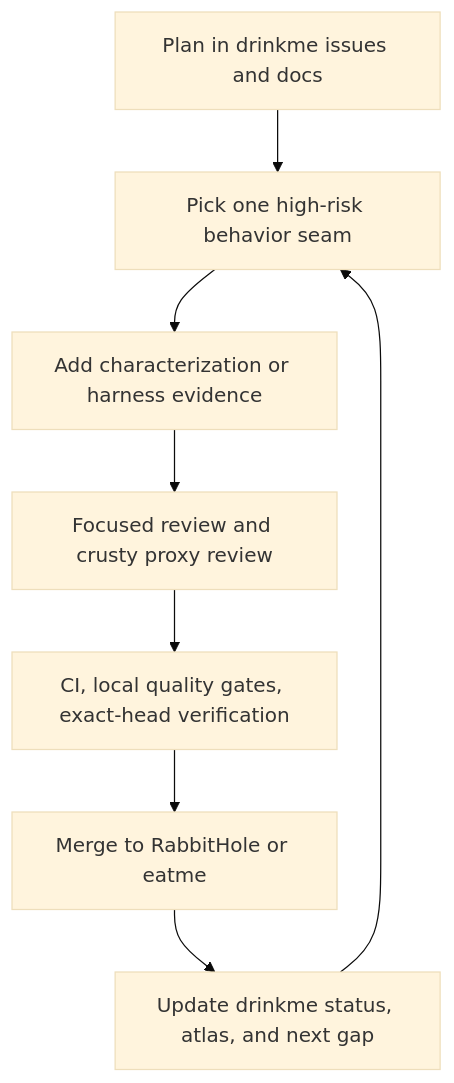
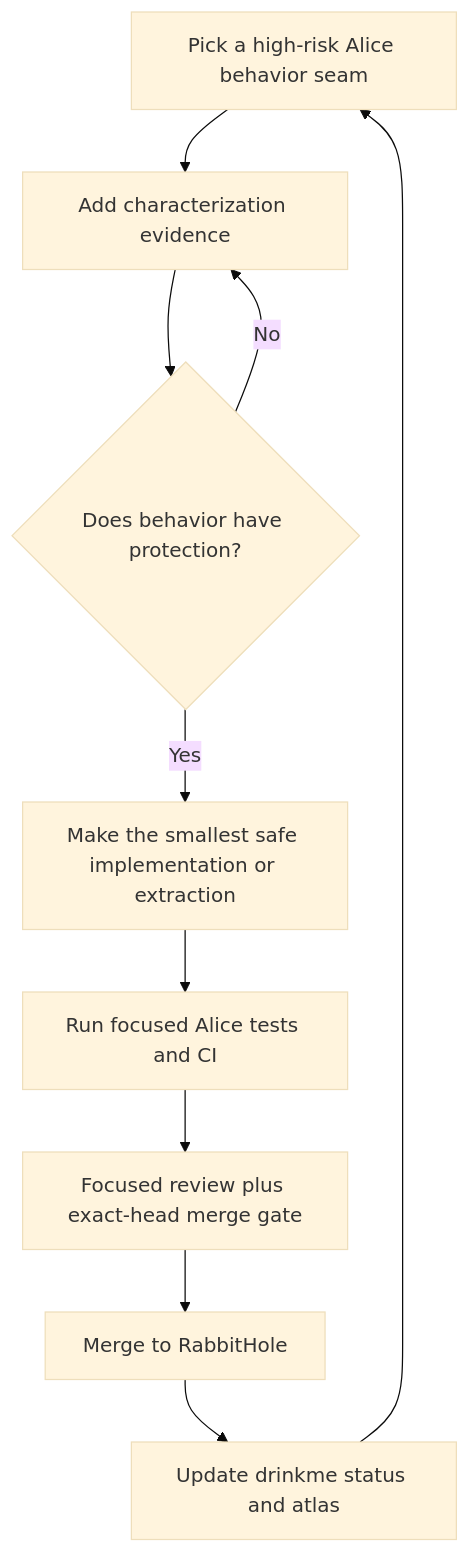
Before and after one commit to rysweet/drinkme: the fifth of 6 diagrams in README.md, drawn with Mermaid (base theme). The commit also changed other lines of this file, not shown here.

Commit message:
Use Mermaid charts and split project processes

````diff
--- a/README.md
+++ b/README.md
@@ -74,10 +104,12 @@
 ```mermaid
 flowchart TD
-  P["Plan in drinkme issues and docs"] --> A["Pick one high-risk behavior seam"]
-  A --> T["Add characterization or harness evidence"]
-  T --> R["Focused review and crusty proxy review"]
-  R --> C["CI, local quality gates, exact-head verification"]
-  C --> M["Merge to RabbitHole or eatme"]
-  M --> D["Update drinkme status, atlas, and next gap"]
-  D --> A
+  P["Pick a high-risk Alice behavior seam"] --> C["Add characterization evidence"]
+  C --> D{"Does behavior have protection?"}
+  D -- "No" --> C
+  D -- "Yes" --> R["Make the smallest safe implementation or extraction"]
+  R --> T["Run focused Alice tests and CI"]
+  T --> V["Focused review plus exact-head merge gate"]
+  V --> M["Merge to RabbitHole"]
+  M --> S["Update drinkme status and atlas"]
+  S --> P
 ```
````
